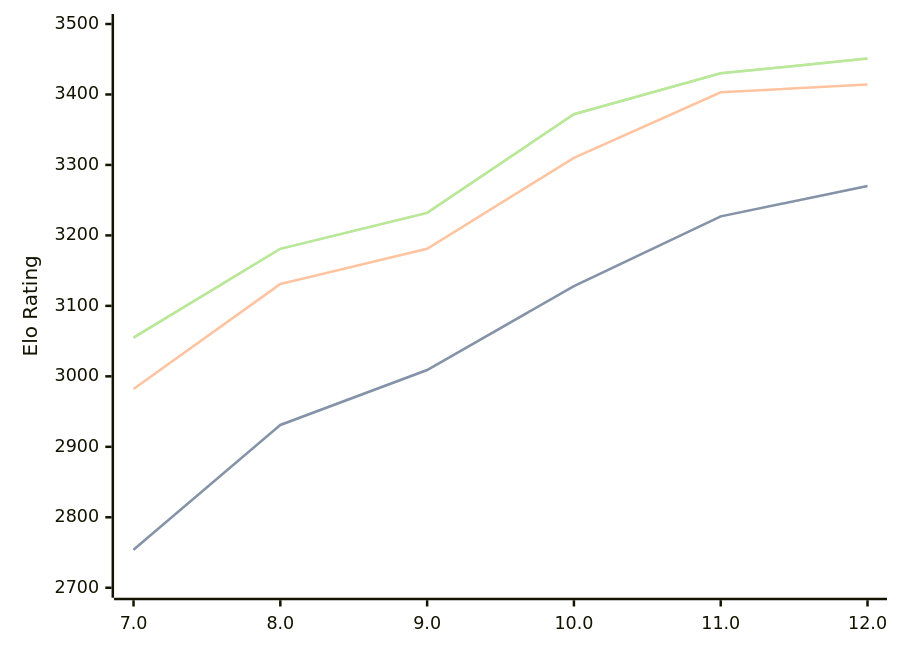
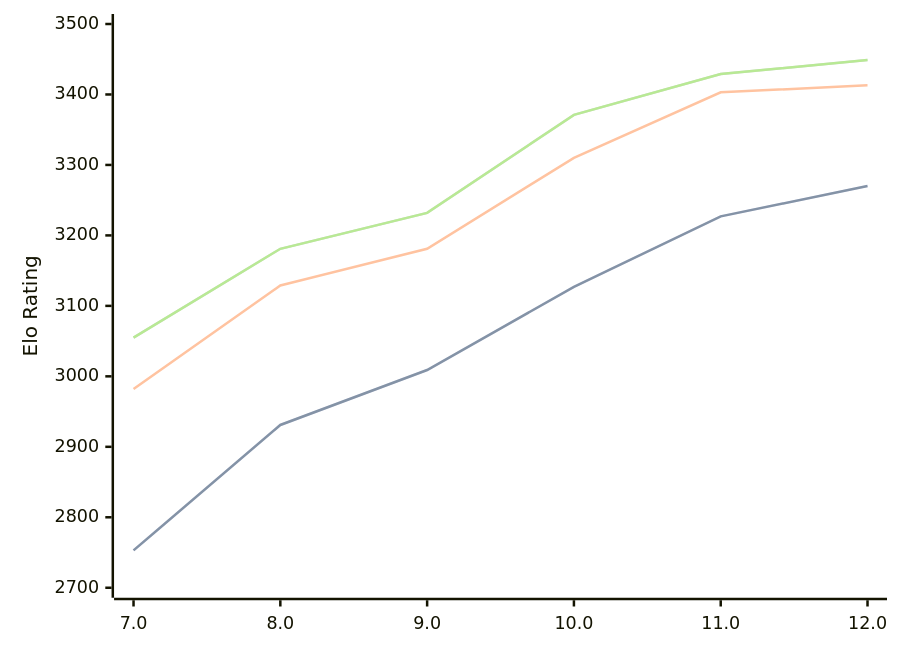
Before and after one commit to computer-chess-index/cci: the third of 3 diagrams in engines/Tcheran.md, drawn with Mermaid. The commit also changed other lines of this file, not shown here.

Commit message:
Update CCI Ratings (ELO VLTC) - 2026-06-27

````diff
--- a/engines/Tcheran.md
+++ b/engines/Tcheran.md
@@ -83,11 +83,11 @@
 ```mermaid
 %%{init: {"theme":"base","themeVariables":{"seriesColors:['#a3a3a3','#222221','#faa371']}}}%%
 xychart-beta
   x-axis ["7.0", "8.0", "9.0", "10.0", "11.0", "12.0"]
   y-axis "Elo Rating" 2700 --> 3500
-  line "STC (8.0+0.08s)" [2754, 2931, 3009, 3128, 3227, 3270]
-  line "STC (8.0+0.08s)" [2754, 2931, 3009, 3128, 3227, 3270]
-  line "LTC (60.0+0.60s)" [2982, 3131, 3181, 3310, 3403, 3414]
-  line "VLTC (2m24s+1.12s)" [3055, 3181, 3232, 3372, 3430, 3451]
-  line "VLTC (2m24s+1.12s)" [3055, 3181, 3232, 3372, 3430, 3451]
+  line "STC (8.0+0.08s)" [2753, 2931, 3009, 3127, 3227, 3270]
+  line "STC (8.0+0.08s)" [2753, 2931, 3009, 3127, 3227, 3270]
+  line "LTC (60.0+0.60s)" [2982, 3129, 3181, 3310, 3403, 3413]
+  line "VLTC (2m24s+1.12s)" [3055, 3181, 3232, 3371, 3429, 3449]
+  line "VLTC (2m24s+1.12s)" [3055, 3181, 3232, 3371, 3429, 3449]
 ```
````
